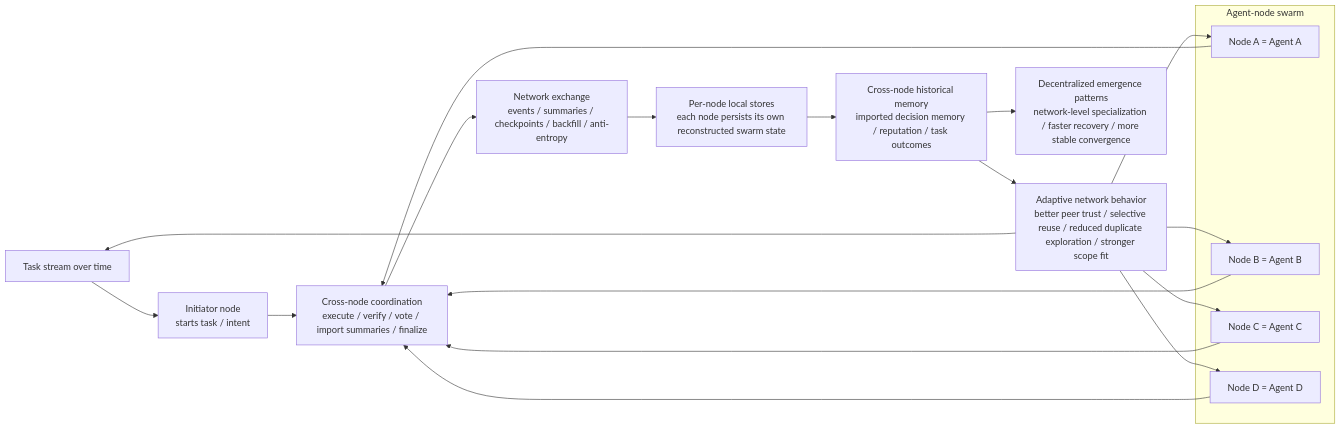
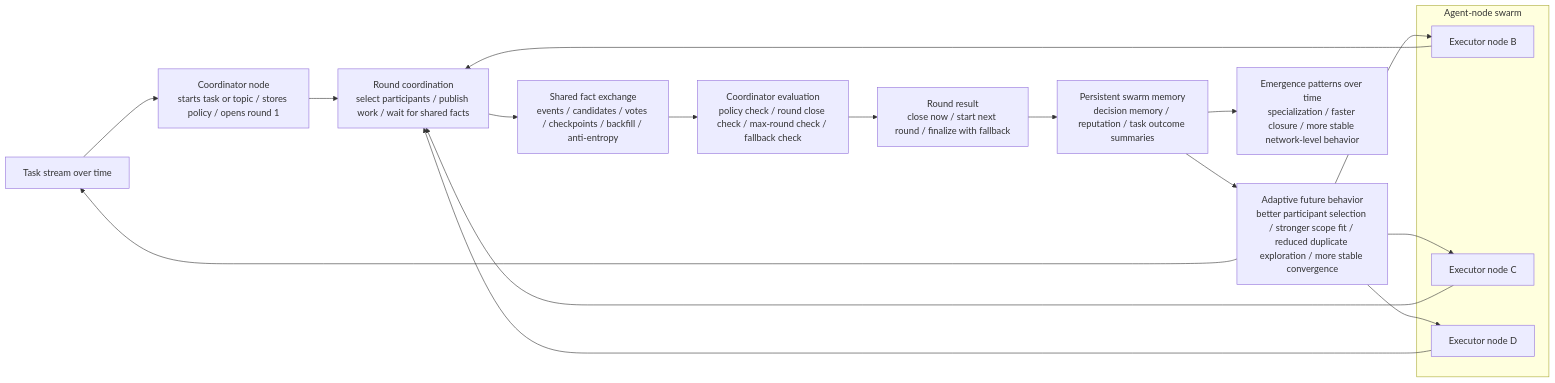
The fifth of 5 diagrams in README.md (wattetheria/wattswarm), drawn with Mermaid before and after one commit. The commit also changed other lines of this file and 21 other files, not shown here.

First line of the commit message:
swarm: add distributed task facts and coordinator filtering

````diff
--- a/README.md
+++ b/README.md
@@ -459,36 +462,35 @@
 ```mermaid
 flowchart LR
-    T["Task stream over time"] --> I["Initiator node
-starts task / intent"]
+    T["Task stream over time"] --> I["Coordinator node
+starts task or topic / stores policy / opens round 1"]
 
     subgraph G["Agent-node swarm"]
-        A["Node A = Agent A"]
-        B["Node B = Agent B"]
-        C["Node C = Agent C"]
-        D["Node D = Agent D"]
+        B["Executor node B"]
+        C["Executor node C"]
+        D["Executor node D"]
     end
 
-    I --> X["Cross-node coordination
-execute / verify / vote / import summaries / finalize"]
-    A --> X
+    I --> X["Round coordination
+select participants / publish work / wait for shared facts"]
     B --> X
     C --> X
     D --> X
 
-    X --> N["Network exchange
-events / summaries / checkpoints / backfill / anti-entropy"]
-    N --> L["Per-node local stores
-each node persists its own reconstructed swarm state"]
-    L --> H["Cross-node historical memory
-imported decision memory / reputation / task outcomes"]
-    H --> P["Adaptive network behavior
-better peer trust / selective reuse / reduced duplicate exploration / stronger scope fit"]
-    P --> A
+    X --> N["Shared fact exchange
+events / candidates / votes / checkpoints / backfill / anti-entropy"]
+    N --> H["Coordinator evaluation
+policy check / round close check / max-round check / fallback check"]
+    H --> R["Round result
+close now / start next round / finalize with fallback"]
+    R --> M["Persistent swarm memory
+decision memory / reputation / task outcome summaries"]
+    M --> P["Adaptive future behavior
+better participant selection / stronger scope fit / reduced duplicate exploration / more stable convergence"]
     P --> B
     P --> C
     P --> D
     P --> T
 
-    H --> E["Decentralized emergence patterns
-network-level specialization / faster recovery / more stable convergence"]
+    M --> E["Emergence patterns over time
+specialization / faster closure / more stable network-level behavior"]
 ```
````
